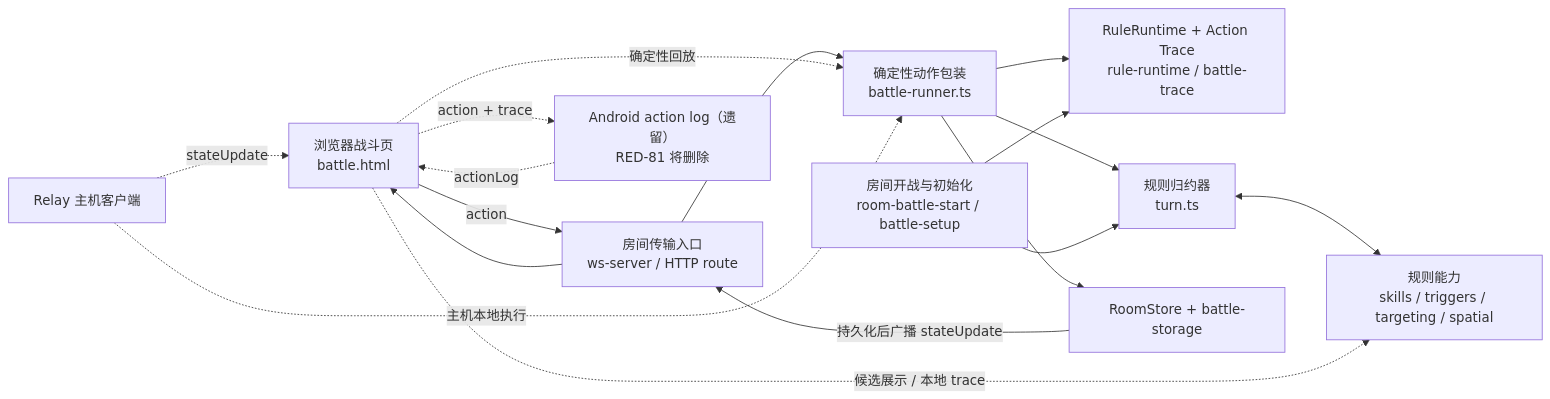
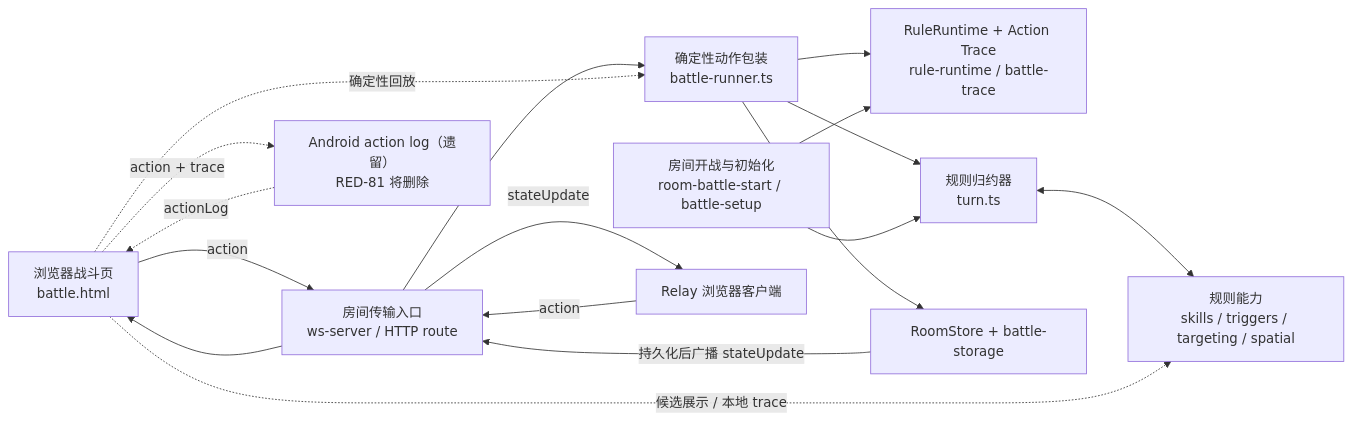
One commit to longaadream/Red_VS_Blue changed the first of 5 diagrams in docs/technical/GAME_LOGIC_SYSTEM.md. Above: the diagram before and after it, drawn with Mermaid. The commit also changed other lines of this file and 24 other files, not shown here.

````diff
--- a/docs/technical/GAME_LOGIC_SYSTEM.md
+++ b/docs/technical/GAME_LOGIC_SYSTEM.md
@@ -37,31 +37,31 @@
 ```mermaid
 flowchart LR
   UI["浏览器战斗页<br/>battle.html"]
   Transport["房间传输入口<br/>ws-server / HTTP route"]
   Runner["确定性动作包装<br/>battle-runner.ts"]
   Runtime["RuleRuntime + Action Trace<br/>rule-runtime / battle-trace"]
   Reducer["规则归约器<br/>turn.ts"]
   Domain["规则能力<br/>skills / triggers / targeting / spatial"]
   Setup["房间开战与初始化<br/>room-battle-start / battle-setup"]
   Store["RoomStore + battle-storage"]
   Android["Android action log（遗留）<br/>RED-81 将删除"]
-  Relay["Relay 主机客户端"]
+  Relay["Relay 浏览器客户端"]
 
   UI -->|action| Transport
   Transport --> Runner
   Runner --> Runtime
   Runner --> Reducer
   Reducer <--> Domain
   Setup --> Runtime
   Setup --> Reducer
   Runner --> Store
   Store -->|持久化后广播 stateUpdate| Transport
   Transport --> UI
 
   UI -.->|候选展示 / 本地 trace| Domain
   UI -.->|action + trace| Android
   Android -.->|actionLog| UI
   UI -.->|确定性回放| Runner
-  Relay -.->|主机本地执行| Runner
-  Relay -.->|stateUpdate| UI
+  Relay -->|action| Transport
+  Transport -->|stateUpdate| Relay
 ```
````
